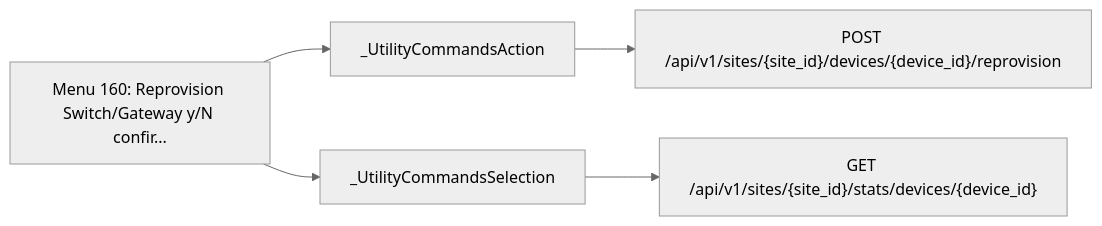
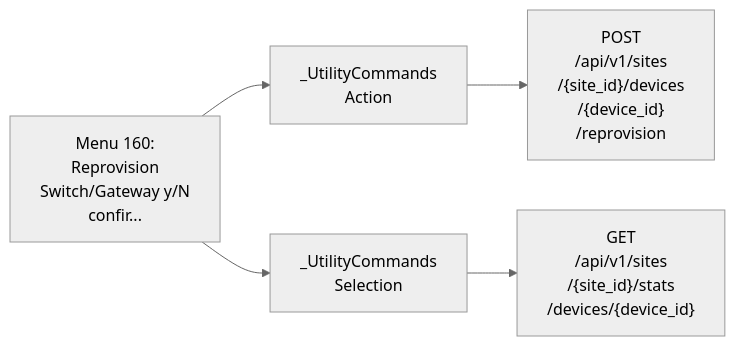
Before and after one commit to jmorrison-juniper/MistHelper: the eighth of 41 diagrams in documentation/menu-api/destructive.md, drawn with Mermaid (neutral theme). The commit also changed other lines of this file and 19 other files, not shown here.

First line of the commit message:
docs(menu-api): fit the Mermaid diagrams to the wiki column

````diff
--- a/documentation/menu-api/destructive.md
+++ b/documentation/menu-api/destructive.md
@@ -449,8 +248,8 @@
 ```mermaid
 flowchart LR
-    menu["Menu 160: Reprovision Switch/Gateway y/N confir..."]
-    menu --> c1["_UtilityCommandsAction"]
-    c1 --> e1["POST /api/v1/sites/{site_id}/devices/{device_id}/reprovision"]
-    menu --> c2["_UtilityCommandsSelection"]
-    c2 --> e2["GET /api/v1/sites/{site_id}/stats/devices/{device_id}"]
+    menu["Menu 160:<br/>Reprovision<br/>Switch/Gateway y/N<br/>confir..."]
+    menu --> c1["_UtilityCommands<br/>Action"]
+    c1 --> e1["POST<br/>/api/v1/sites<br/>/{site_id}/devices<br/>/{device_id}<br/>/reprovision"]
+    menu --> c2["_UtilityCommands<br/>Selection"]
+    c2 --> e2["GET<br/>/api/v1/sites<br/>/{site_id}/stats<br/>/devices/{device_id}"]
 ```
````
